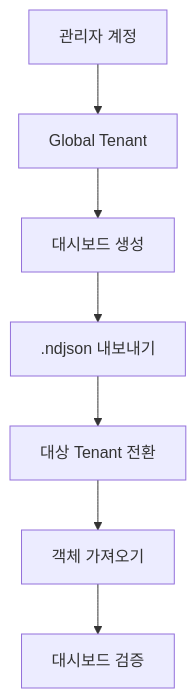
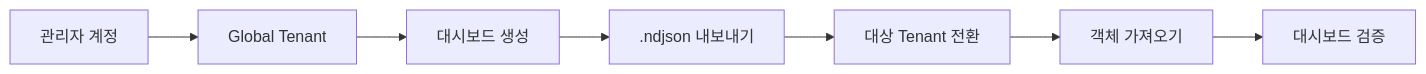
One commit to yrkimoffice/opensearch-operations-guide changed the third of 3 diagrams in docs/guide.md. Above: the diagram before and after it, drawn with Mermaid.

Commit message:
fix : flow chart 방향 변경

````diff
--- a/docs/guide.md
+++ b/docs/guide.md
@@ -216,9 +216,9 @@
 ```mermaid
-flowchart TD
+flowchart LR
     A[관리자 계정] --> B[Global Tenant]
     B --> C[대시보드 생성]
     C --> D[.ndjson 내보내기]
     D --> E[대상 Tenant 전환]
     E --> F[객체 가져오기]
     F --> G[대시보드 검증]
 ```
````
